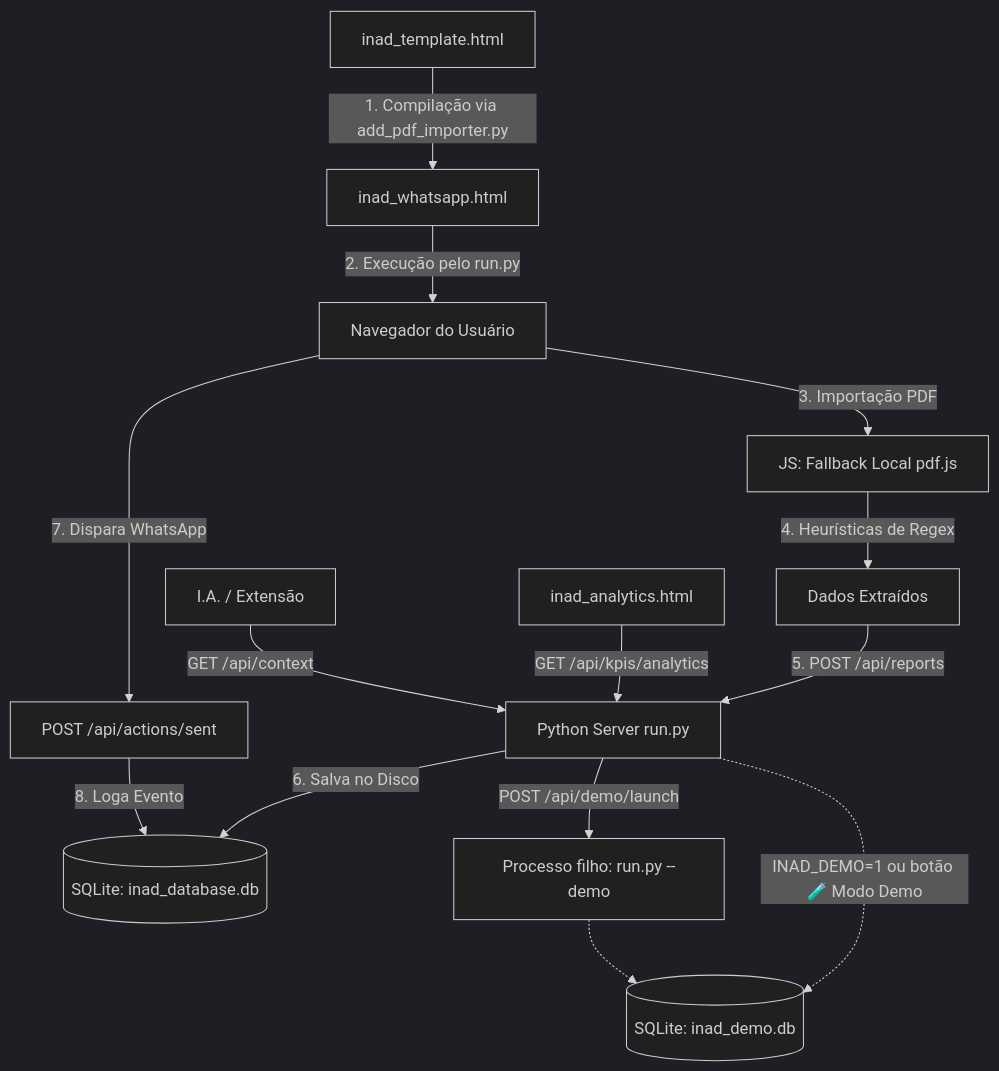
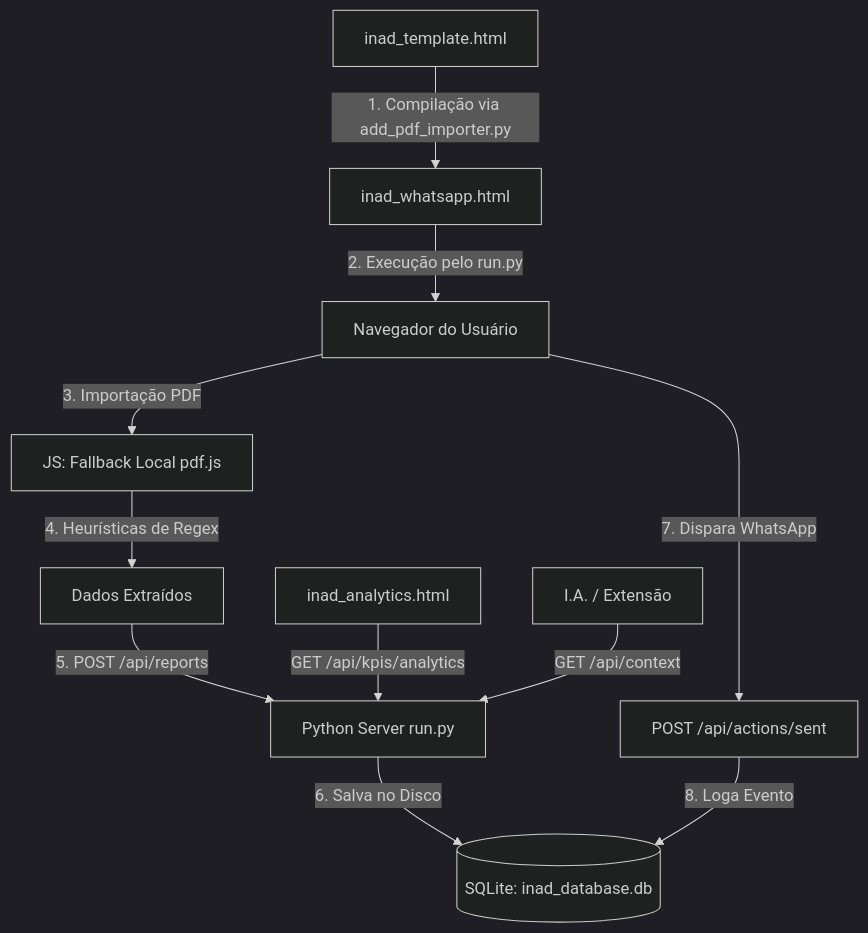
Before and after one commit to Dimasaas/INAD-Cobranca: the diagram in AI_CONTEXT.md, drawn with Mermaid (dark theme). The commit also changed other lines of this file and 10 other files, not shown here.

````diff
--- a/AI_CONTEXT.md
+++ b/AI_CONTEXT.md
@@ -19,16 +19,13 @@
 ```mermaid
 graph TD
     A[inad_template.html] -->|1. Compilação via add_pdf_importer.py| B[inad_whatsapp.html]
     B -->|2. Execução pelo run.py| C[Navegador do Usuário]
     C -->|3. Importação PDF| D[JS: Fallback Local pdf.js]
     D -->|4. Heurísticas de Regex| E[Dados Extraídos]
     E -->|5. POST /api/reports| F[Python Server run.py]
     F -->|6. Salva no Disco| G[(SQLite: inad_database.db)]
-    F -.->|INAD_DEMO=1 ou botão 🧪 Modo Demo| G2[(SQLite: inad_demo.db)]
-    F -->|POST /api/demo/launch| F2[Processo filho: run.py --demo]
-    F2 -.-> G2
     C -->|7. Dispara WhatsApp| H[POST /api/actions/sent]
     H -->|8. Loga Evento| G
     N[inad_analytics.html] -->|GET /api/kpis/analytics| F
     I[I.A. / Extensão] -->|GET /api/context| F
 ```
````
